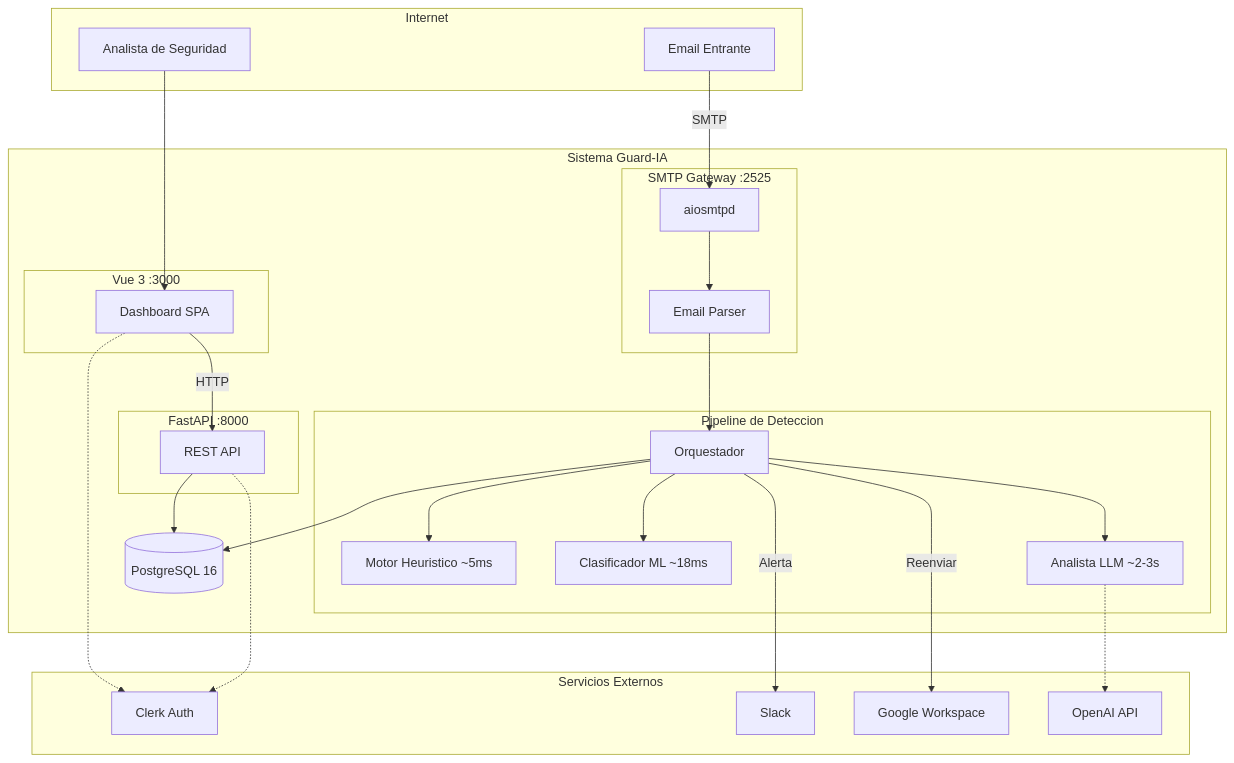
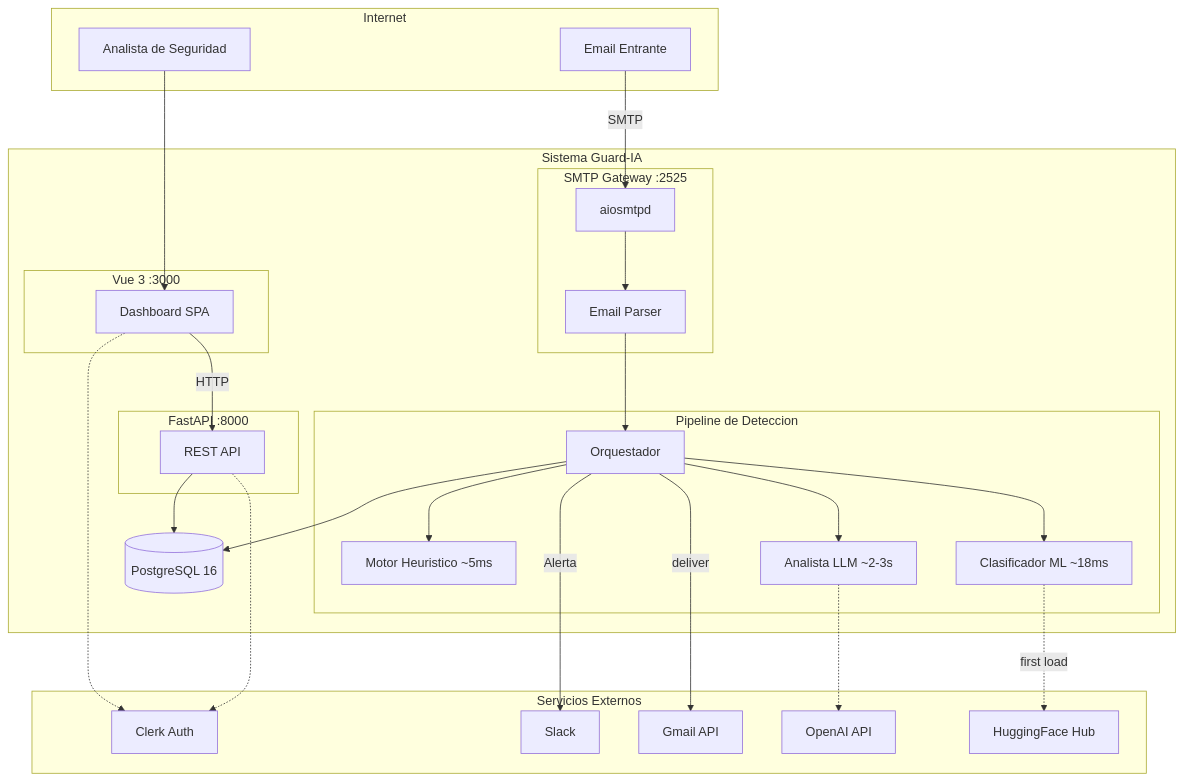
Before and after one commit to sogliano/guardia: the first of 5 diagrams in README.es.md, drawn with Mermaid. The commit also changed other lines of this file and 10 other files, not shown here.

````diff
--- a/README.es.md
+++ b/README.es.md
@@ -43,52 +43,54 @@
 ```mermaid
 graph TB
     subgraph Internet
         EMAIL["Email Entrante"]
         ANALYST["Analista de Seguridad"]
     end
 
     subgraph GUARDIA["Sistema Guard-IA"]
         subgraph Gateway["SMTP Gateway :2525"]
             SMTP["aiosmtpd"]
             PARSER["Email Parser"]
         end
 
         subgraph Pipeline["Pipeline de Deteccion"]
             ORCH["Orquestador"]
             HEUR["Motor Heuristico ~5ms"]
             ML["Clasificador ML ~18ms"]
             LLM["Analista LLM ~2-3s"]
         end
 
         subgraph Backend["FastAPI :8000"]
             API["REST API"]
         end
 
         subgraph Frontend["Vue 3 :3000"]
             SPA["Dashboard SPA"]
         end
 
         DB[("PostgreSQL 16")]
     end
 
     subgraph External["Servicios Externos"]
         CLERK["Clerk Auth"]
         SLACK["Slack"]
-        GOOGLE["Google Workspace"]
+        GMAIL_API["Gmail API"]
         OPENAI["OpenAI API"]
+        HF["HuggingFace Hub"]
     end
 
     EMAIL -->|SMTP| SMTP
     SMTP --> PARSER --> ORCH
     ORCH --> HEUR
     ORCH --> ML
     ORCH --> LLM
     LLM -.-> OPENAI
+    ML -.->|"first load"| HF
     ORCH --> DB
-    ORCH -->|Reenviar| GOOGLE
+    ORCH -->|"deliver"| GMAIL_API
     ORCH -->|Alerta| SLACK
     ANALYST --> SPA
     SPA -->|HTTP| API --> DB
     SPA -.-> CLERK
     API -.-> CLERK
 ```
````
